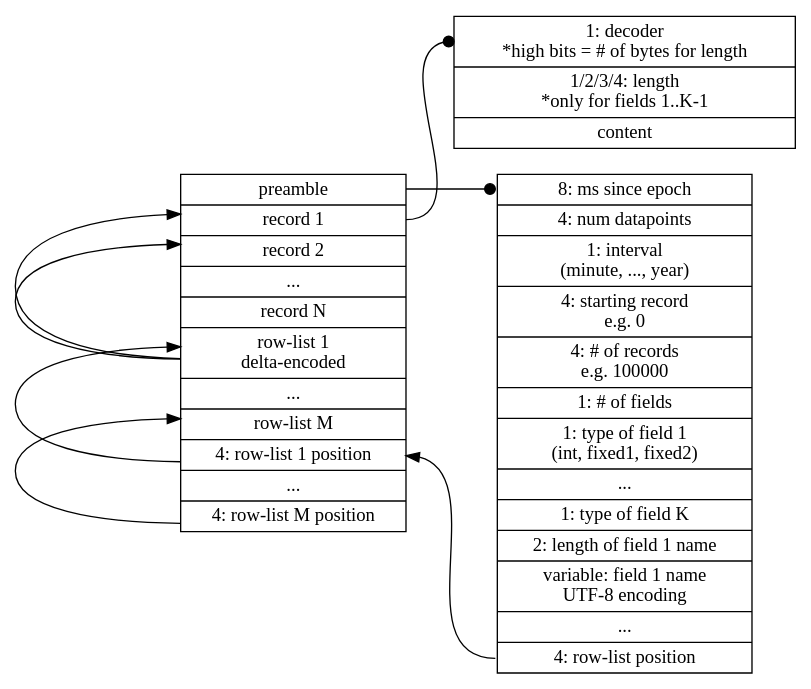
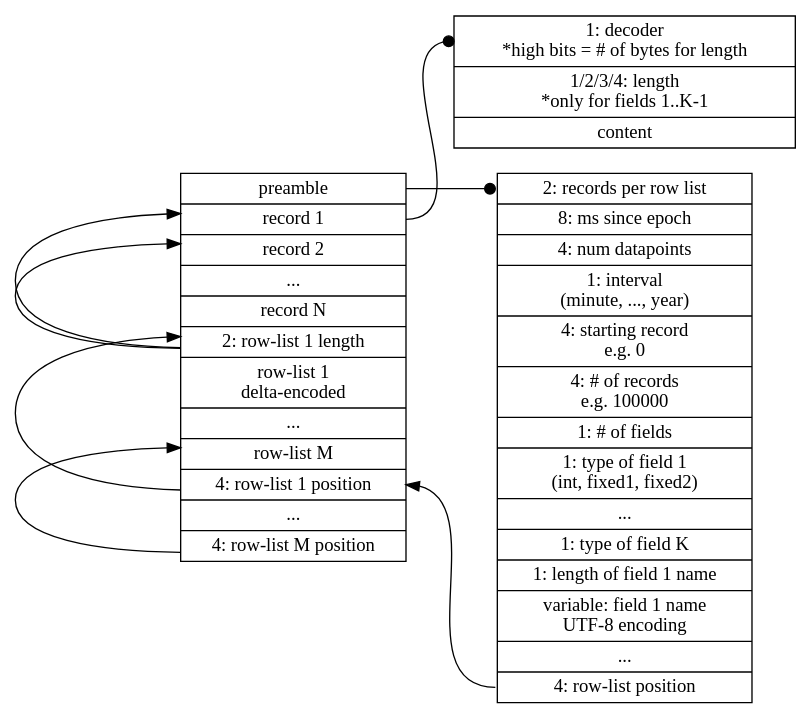
The diagram in format/format.dot (cldellow/manu), drawn with Graphviz before and after one commit. The commit also changed 16 other files, not shown here.

```diff
--- a/format/format.dot
+++ b/format/format.dot
@@ -1,49 +1,51 @@
 digraph structs {
   node [shape=record];
   rankdir=LR;
 
   composite [ label ="<preamble> preamble |
   <record1> record 1 |
   <record2> record 2 |
   ... |
   record N |
-  <rowlist1> row-list 1\ndelta-encoded |
+  <rowlist1>2: row-list 1 length|
+  row-list 1\ndelta-encoded |
   ... |
   <rowlistm> row-list M |
   <rowlistpos> 4: row-list 1 position |
   ... |
   <rowlistposm> 4: row-list M position
 
   " ];
 
-  preamble [ label="<epoch> 8: ms since epoch |
+  preamble [ label="<start> 2: records per row list |
+  8: ms since epoch |
   4: num datapoints |
   1: interval\n(minute, ..., year) |
   4: starting record\ne.g. 0 |
   4: # of records\ne.g. 100000 |
   1: # of fields |
   1: type of field 1\n(int, fixed1, fixed2) |
   ... |
   1: type of field K |
-  2: length of field 1 name |
+  1: length of field 1 name |
   variable: field 1 name\nUTF-8 encoding |
   ... |
   <rowlistpos> 4: row-list position
   " ];
 
   record [ label = "<decoder>1: decoder\n*high bits = # of bytes for length |
   1/2/3/4: length\n*only for fields 1..K-1 |
   content
   " ];
 
-  composite:preamble -> preamble:epoch [arrowhead=dot];
+  composite:preamble -> preamble:start [arrowhead=dot];
 
   preamble:rowlistpos -> composite:rowlistpos;
 
   composite:rowlistpos -> composite:rowlist1;
   composite:rowlistposm -> composite:rowlistm;
 
   composite:record1 -> record:decoder [arrowhead=dot];
   composite:rowlist1 -> composite:record1;
   composite:rowlist1 -> composite:record2;
 }
```
